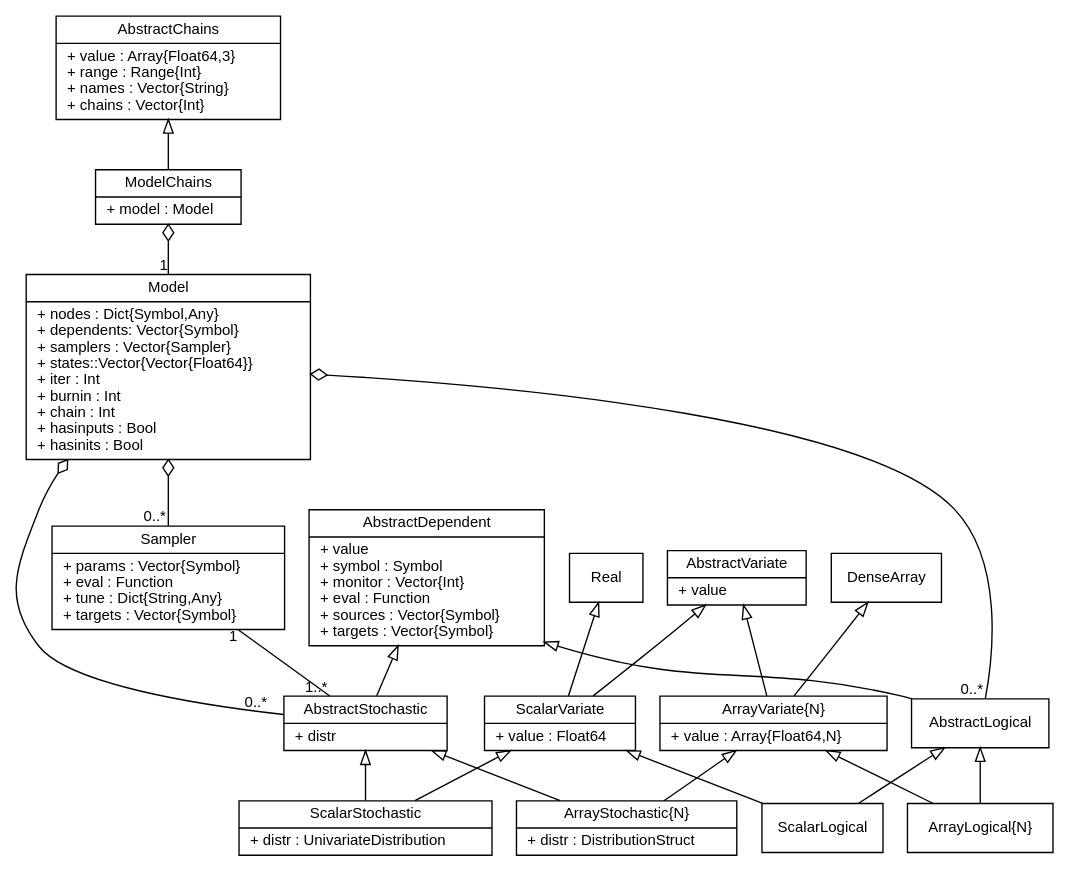
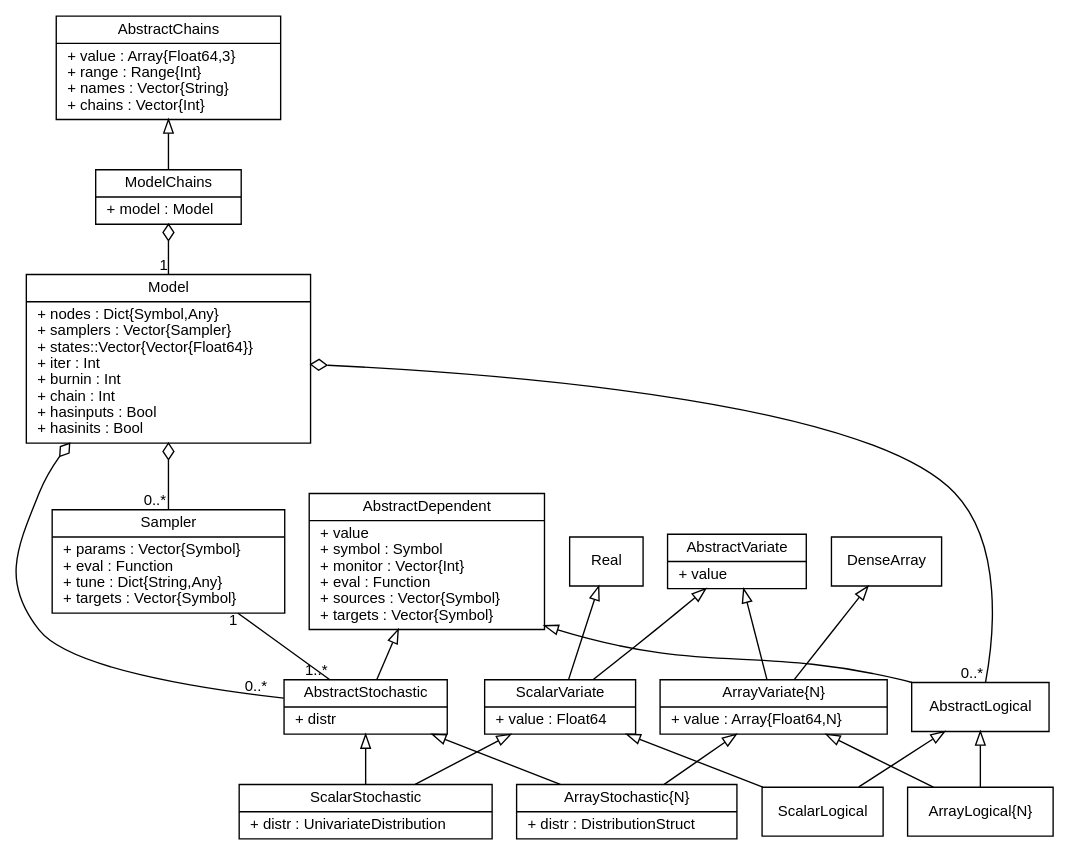
One commit to brian-j-smith/Mamba.jl changed the diagram in doc/images/mcmcUML.dot. Above: the diagram before and after it, drawn with Graphviz. The commit also changed 6 other files, not shown here.

Commit message:
Remove dependents field from Model type.

```diff
--- a/doc/images/mcmcUML.dot
+++ b/doc/images/mcmcUML.dot
@@ -1,66 +1,66 @@
 graph MCMC {
     fontname = "Helvetica"
     fontsize = 11
     splines = true
     overlap = false
 
     node [fontname = "Helvetica", fontsize = 11, shape = record]
 
     edge [fontname = "Helvetica", fontsize = 11, dir = both, arrowtail = none, arrowhead = none]
 
     Real [label = "{Real}", pos="315,610"]
 
     DenseArray [label = "{DenseArray}", pos="324,570"]
 
     AbstractDependent [label = "{AbstractDependent|+ value\l+ symbol : Symbol\l+ monitor : Vector\{Int\}\l+ eval : Function\l+ sources : Vector\{Symbol\}\l+ targets : Vector\{Symbol\}\l}", pos="275,425"]
 
     AbstractLogical [label = "{AbstractLogical}", pos="75,425"]
 
     AbstractStochastic [label = "{AbstractStochastic|+ distr\l}", pos="495,425"]
 
     AbstractVariate [label = "{AbstractVariate|+ value\l}", pos="230,590"]
 
     ArrayLogical [label = "{ArrayLogical\{N\}}", pos="125,515"]
 
     ArrayStochastic [label = "{ArrayStochastic\{N\}|+ distr : DistributionStruct\l}", pos="425,515"]
 
     ArrayVariate [label = "{ArrayVariate\{N\}|+ value : Array\{Float64,N\}\l}", pos="275,515"]
 
     ScalarLogical [label = "{ScalarLogical}", pos="25,515"]
 
     ScalarStochastic [label = "{ScalarStochastic|+ distr : UnivariateDistribution\l}", pos="575,515"]
 
     ScalarVariate [label = "{ScalarVariate|+ value : Float64\l}", pos="275,665"]
 
-    Model [label = "{Model|+ nodes : Dict\{Symbol,Any\}\l+ dependents: Vector\{Symbol\}\l+ samplers : Vector\{Sampler\}\l+ states::Vector\{Vector\{Float64\}\}\l+ iter : Int\l+ burnin : Int\l+ chain : Int\l+ hasinputs : Bool\l+ hasinits : Bool\l}", pos="275,290"]
+    Model [label = "{Model|+ nodes : Dict\{Symbol,Any\}\l+ samplers : Vector\{Sampler\}\l+ states::Vector\{Vector\{Float64\}\}\l+ iter : Int\l+ burnin : Int\l+ chain : Int\l+ hasinputs : Bool\l+ hasinits : Bool\l}", pos="275,295"]
 
-    Sampler [label = "{Sampler|+ params : Vector\{Symbol\}\l+ eval : Function\l+ tune : Dict\{String,Any\}\l+ targets : Vector\{Symbol\}\l}", pos="495,290"]
+    Sampler [label = "{Sampler|+ params : Vector\{Symbol\}\l+ eval : Function\l+ tune : Dict\{String,Any\}\l+ targets : Vector\{Symbol\}\l}", pos="495,295"]
 
     AbstractChains  [label = "{AbstractChains|+ value : Array\{Float64,3\}\l+ range : Range\{Int\}\l+ names : Vector\{String\}\l+ chains : Vector\{Int\}\l}", pos="75,330"]
 
     ModelChains [label = "{ModelChains|+ model : Model\l}", pos="75,250"]
 
     Real -- ScalarVariate [arrowtail = empty]
     DenseArray -- ArrayVariate [arrowtail = empty]
 
     AbstractChains -- ModelChains [arrowtail = empty]
     AbstractDependent -- AbstractLogical [arrowtail = empty]
     AbstractDependent -- AbstractStochastic [arrowtail = empty]
     AbstractLogical -- ArrayLogical [arrowtail = empty]
     AbstractLogical -- ScalarLogical [arrowtail = empty]
     AbstractStochastic -- ArrayStochastic [arrowtail = empty]
     AbstractStochastic -- ScalarStochastic [arrowtail = empty]
     AbstractVariate -- ArrayVariate [arrowtail = empty]
     AbstractVariate -- ScalarVariate [arrowtail = empty]
     ArrayVariate -- ArrayLogical [arrowtail = empty]
     ArrayVariate -- ArrayStochastic [arrowtail = empty]
     ScalarVariate -- ScalarLogical [arrowtail = empty]
     ScalarVariate -- ScalarStochastic [arrowtail = empty]
 
     Sampler -- AbstractStochastic [taillabel = "1", headlabel = "1..*"]
     Model -- Sampler [arrowtail = odiamond, headlabel = "0..*"]
     Model -- AbstractLogical [arrowtail = odiamond, headlabel = "0..*"]
     Model -- AbstractStochastic [arrowtail = odiamond, headlabel = "0..*", labeldistance = 2.2, labelangle = -15]
     ModelChains -- Model [arrowtail = odiamond, headlabel = "1"]
 
 }
```
